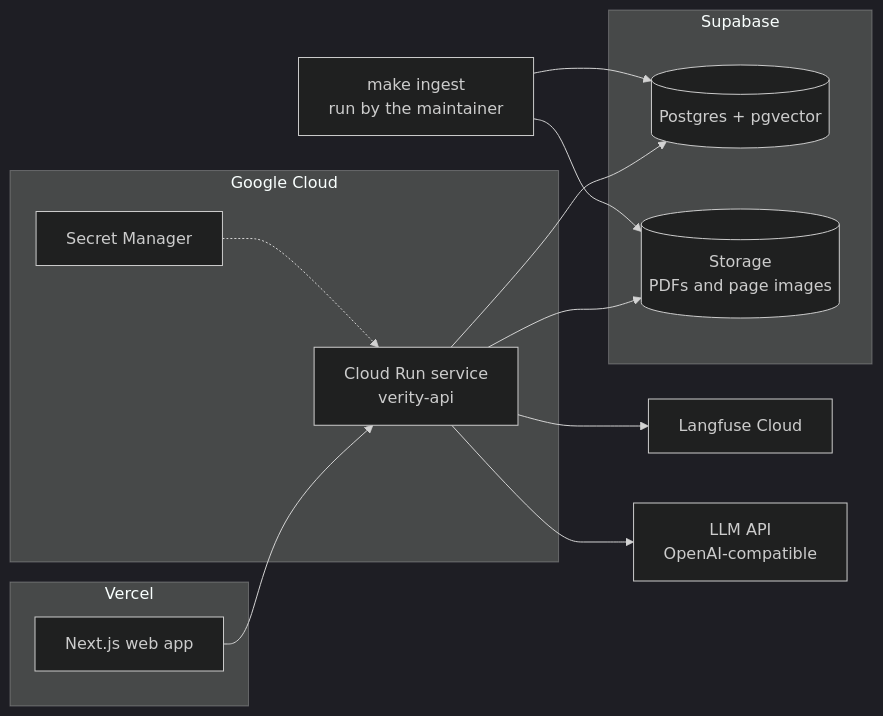
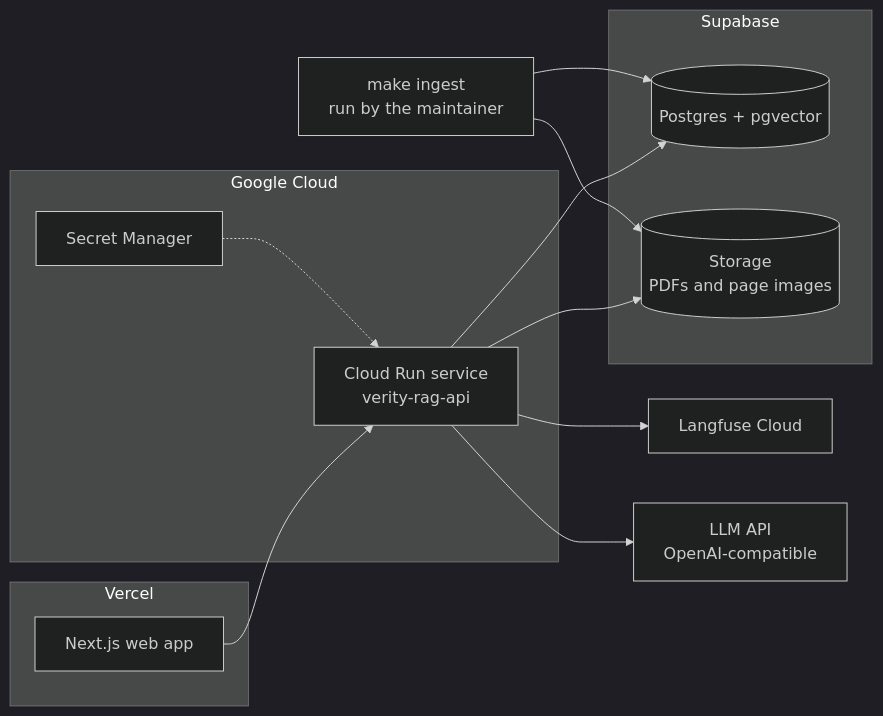
One commit to dileepadev/verity-rag changed the fifth of 5 diagrams in docs/design/02-architecture.md. Above: the diagram before and after it, drawn with Mermaid (dark theme). The commit also changed other lines of this file and 26 other files, not shown here.

First line of the commit message:
docs(repo): Rename the project to Verity RAG (refs #5)

````diff
--- a/docs/design/02-architecture.md
+++ b/docs/design/02-architecture.md
@@ -114,24 +114,24 @@
 ```mermaid
 flowchart LR
     subgraph Vercel
         WEB["Next.js web app"]
     end
     subgraph GCP["Google Cloud"]
-        RUNAPI["Cloud Run service<br/>verity-api"]
+        RUNAPI["Cloud Run service<br/>verity-rag-api"]
         SM["Secret Manager"]
     end
     subgraph Supabase
         PG[("Postgres + pgvector")]
         ST[("Storage<br/>PDFs and page images")]
     end
     LF["Langfuse Cloud"]
     LLM["LLM API<br/>OpenAI-compatible"]
     WEB --> RUNAPI
     RUNAPI --> PG
     RUNAPI --> ST
     RUNAPI --> LLM
     INGEST["make ingest<br/>run by the maintainer"] --> PG
     INGEST --> ST
     SM -.-> RUNAPI
     RUNAPI --> LF
 ```
````
